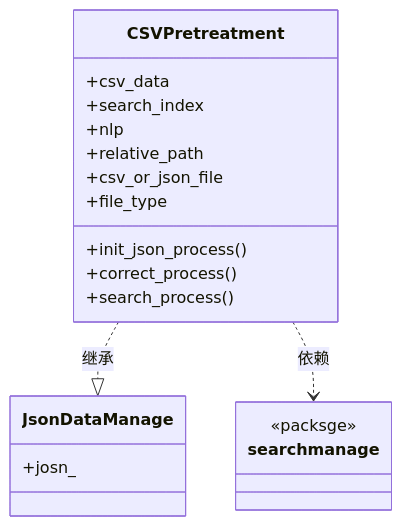
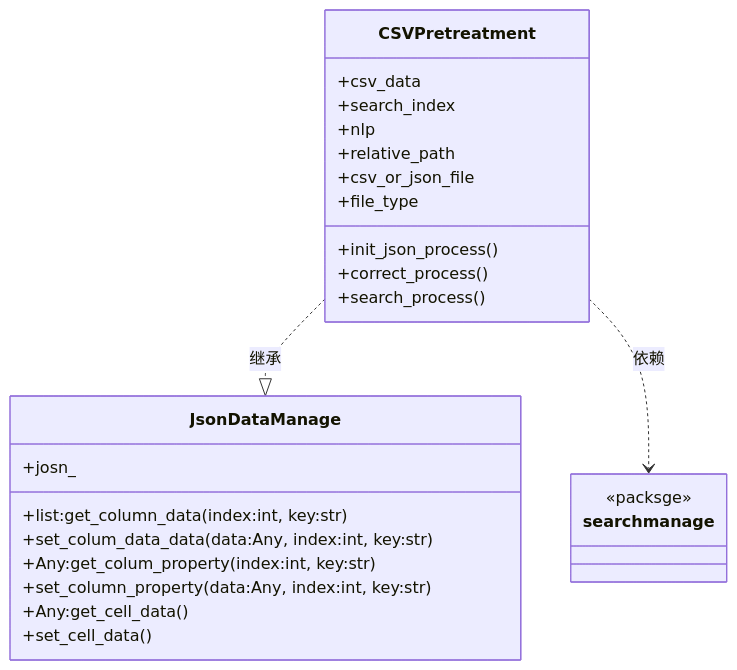
Before and after one commit to A-BigTree/searchmanage_Wiki: the diagram in pretreatment.md, drawn with Mermaid. The commit also changed 2 other files, not shown here.

````diff
--- a/pretreatment.md
+++ b/pretreatment.md
@@ -10,28 +10,35 @@
 ```mermaid
 classDiagram
 
 CSVPretreatment..|>JsonDataManage:继承
 CSVPretreatment..>searchmanage:依赖
 
 
 class JsonDataManage{
 +josn_
+
++list:get_column_data(index:int, key:str)
++set_colum_data_data(data:Any, index:int, key:str)
++Any:get_colum_property(index:int, key:str)
++set_column_property(data:Any, index:int, key:str)
++Any:get_cell_data()
++set_cell_data()
 }
 
 class searchmanage{
 <<packsge>>
 }
 
 class CSVPretreatment{
 +csv_data
 +search_index
 +nlp
 +relative_path
 +csv_or_json_file
 +file_type
 
 +init_json_process()
 +correct_process()
 +search_process()
 }
 ```
````
